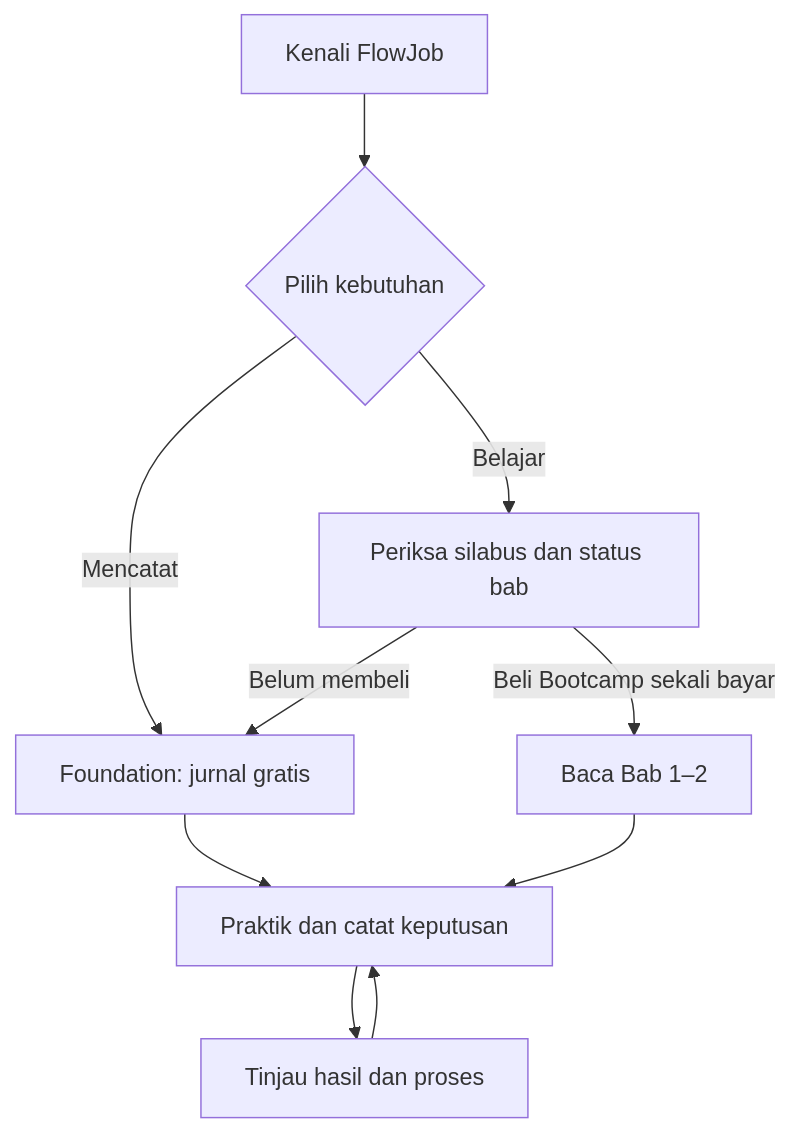
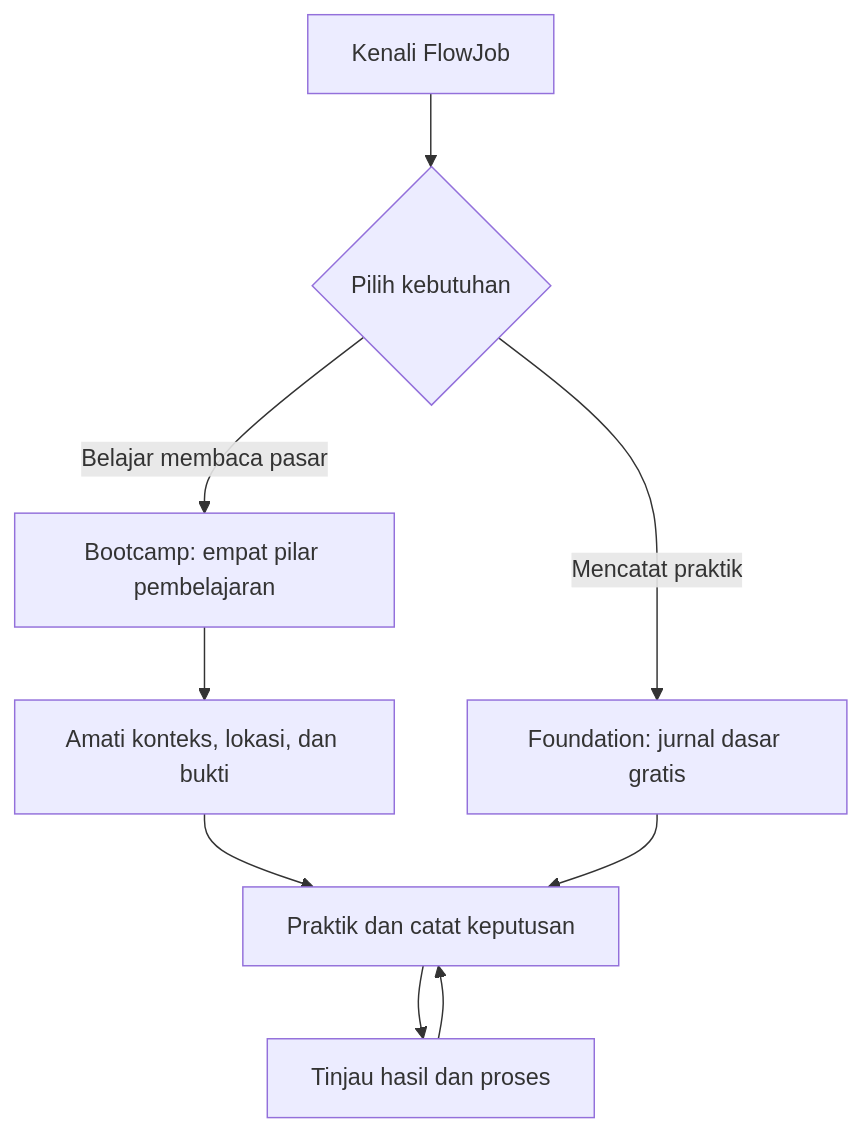
The diagram in README.md (iqbalnett/flowjob-showcase), drawn with Mermaid before and after one commit. The commit also changed other lines of this file, not shown here.

Commit message:
Present FlowJob as completed product case study

````diff
--- a/README.md
+++ b/README.md
@@ -48,12 +48,11 @@
 ```mermaid
 flowchart TD
     A[Kenali FlowJob] --> B{Pilih kebutuhan}
-    B -->|Mencatat| C[Foundation: jurnal gratis]
-    B -->|Belajar| D[Periksa silabus dan status bab]
-    D -->|Belum membeli| C
-    D -->|Beli Bootcamp sekali bayar| E[Baca Bab 1–2]
+    B -->|Belajar membaca pasar| C[Bootcamp: empat pilar pembelajaran]
+    B -->|Mencatat praktik| D[Foundation: jurnal dasar gratis]
+    C --> E[Amati konteks, lokasi, dan bukti]
     E --> F[Praktik dan catat keputusan]
-    C --> F
+    D --> F
     F --> G[Tinjau hasil dan proses]
     G --> F
 ```
````
